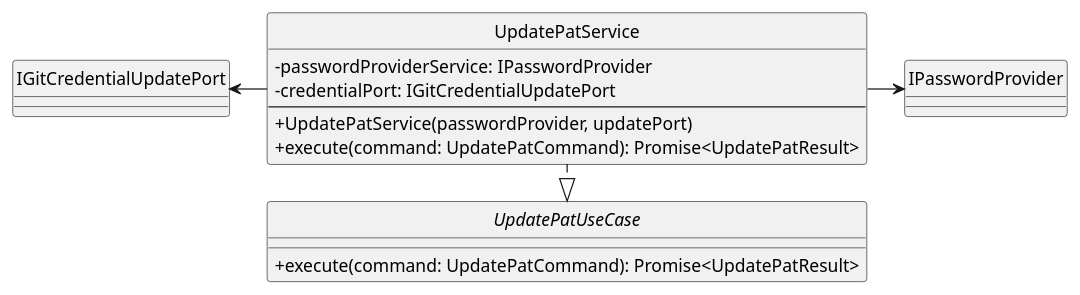
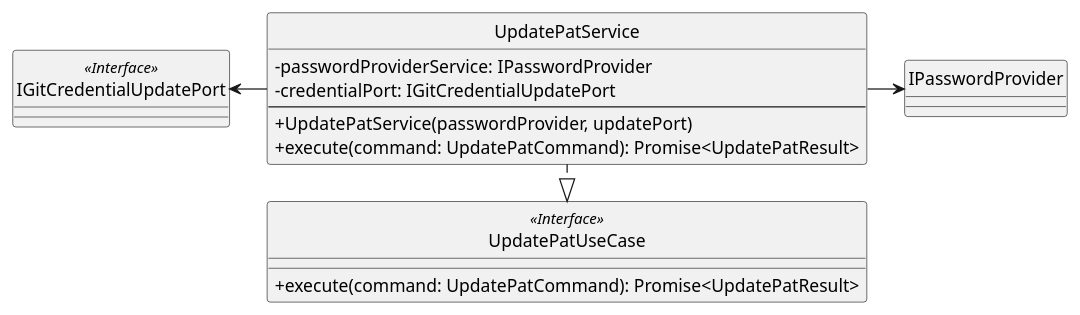
One commit to SkarabGroup/DocumentazioneProgetto changed the diagram in assets/st_diagrams/code/plantuml/analysis/application/services/updatePAT.as.plantuml. Above: the diagram before and after it, drawn with PlantUML. The commit also changed 107 other files, not shown here.

Commit message:
Fixed all diagrams with interfaces

```diff
--- a/assets/st_diagrams/code/plantuml/analysis/application/services/updatePAT.as.plantuml
+++ b/assets/st_diagrams/code/plantuml/analysis/application/services/updatePAT.as.plantuml
@@ -1,24 +1,26 @@
 @startuml UpdatePatService
 skinparam componentStyle uml2.5
 skinparam linetype ortho
 skinparam nodesep 30
 skinparam ranksep 30
 skinparam ClassAttributeIconSize 0
 hide circles
 
-interface UpdatePatUseCase {
+class UpdatePatUseCase <<Interface>> {
     + execute(command: UpdatePatCommand): Promise<UpdatePatResult>
 }
 
 class UpdatePatService {
     - passwordProviderService: IPasswordProvider
     - credentialPort: IGitCredentialUpdatePort
     ---
     + UpdatePatService(passwordProvider, updatePort)
     + execute(command: UpdatePatCommand): Promise<UpdatePatResult>
 }
 
+class IGitCredentialUpdatePort <<Interface>>
+
 UpdatePatService ..|> UpdatePatUseCase
 UpdatePatService --right-> IPasswordProvider
 UpdatePatService --left-> IGitCredentialUpdatePort
 @enduml
```
